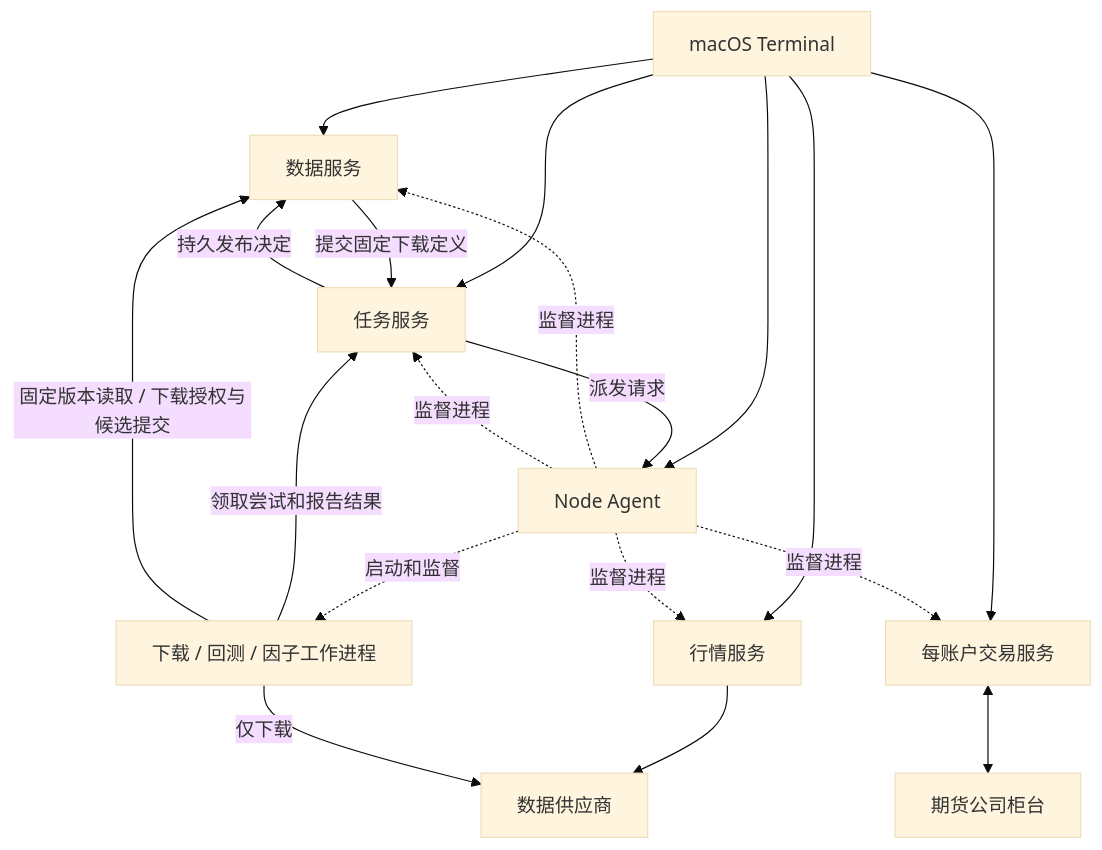
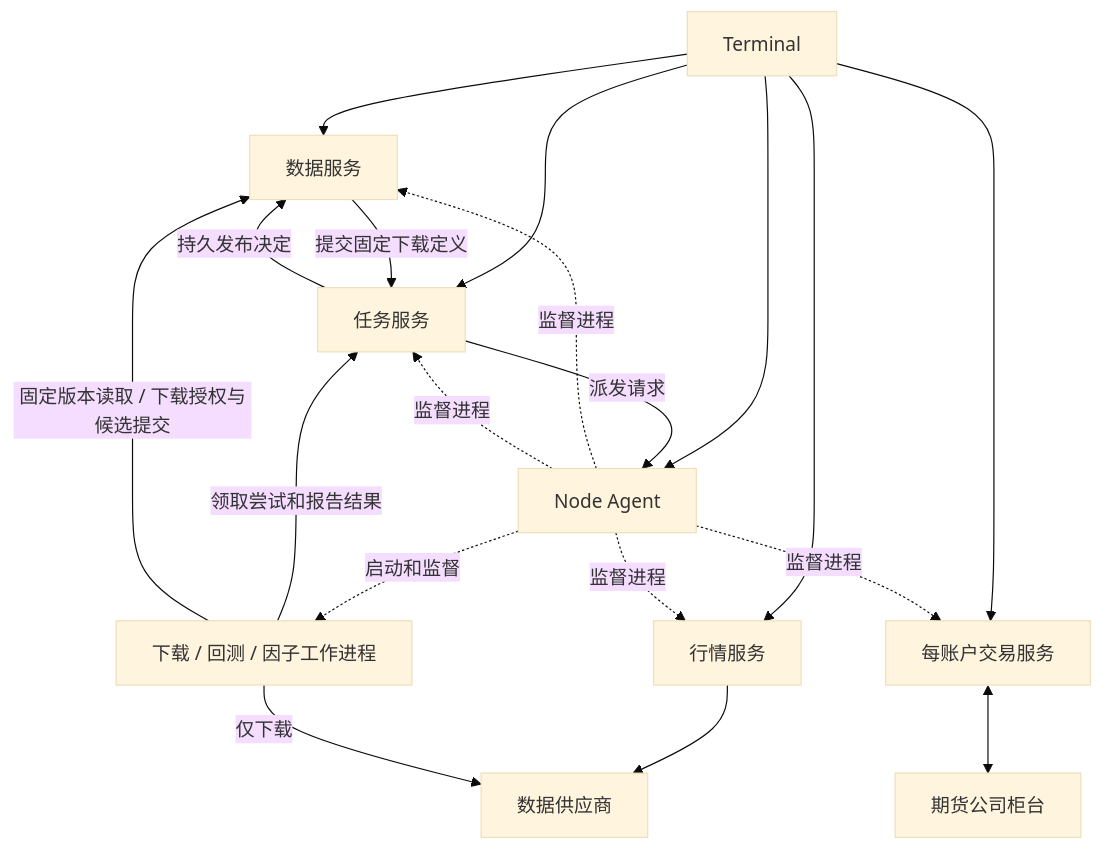
Before and after one commit to isqiwen/asterion-terminal: the second of 2 diagrams in docs/architecture.md, drawn with Mermaid (base theme). The commit also changed other lines of this file and 297 other files, not shown here.

````diff
--- a/docs/architecture.md
+++ b/docs/architecture.md
@@ -48,21 +48,21 @@
 ```mermaid
 flowchart TB
-  Terminal[macOS Terminal] --> Market[行情服务]
+  Terminal[Terminal] --> Market[行情服务]
   Terminal --> Trading[每账户交易服务]
   Terminal --> Data[数据服务]
   Terminal --> Task[任务服务]
   Terminal --> Agent[Node Agent]
   Agent -.监督进程.-> Market
   Agent -.监督进程.-> Trading
   Agent -.监督进程.-> Data
   Agent -.监督进程.-> Task
   Agent -.启动和监督.-> Worker[下载 / 回测 / 因子工作进程]
   Data -->|提交固定下载定义| Task
   Task -->|派发请求| Agent
   Worker -->|领取尝试和报告结果| Task
   Worker -->|固定版本读取 / 下载授权与候选提交| Data
   Task -->|持久发布决定| Data
   Market --> Provider[数据供应商]
   Worker -->|仅下载| Provider
   Trading <--> Broker[期货公司柜台]
 ```
````
